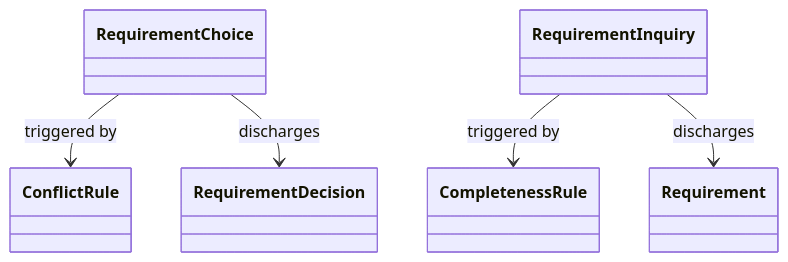
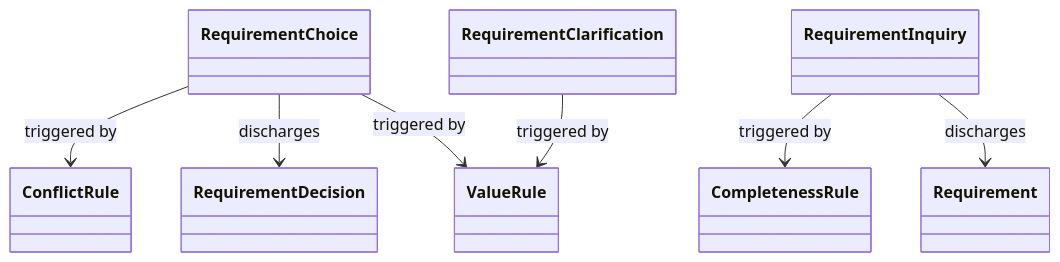
Before and after one commit to szantob/ProjectML: the second of 3 diagrams in spec/03-project-lifecycle-model.md, drawn with Mermaid. The commit also changed other lines of this file, not shown here.

First line of the commit message:
Add ValueRule, decide every guard, and walk a requirement once (K103, K115-K128)

````diff
--- a/spec/03-project-lifecycle-model.md
+++ b/spec/03-project-lifecycle-model.md
@@ -374,7 +408,9 @@
 ```mermaid
 classDiagram
     RequirementChoice --> ConflictRule : triggered by
     RequirementInquiry --> CompletenessRule : triggered by
     RequirementChoice --> RequirementDecision : discharges
     RequirementInquiry --> Requirement : discharges
+    RequirementClarification --> ValueRule : triggered by
+    RequirementChoice --> ValueRule : triggered by
 ```
````
